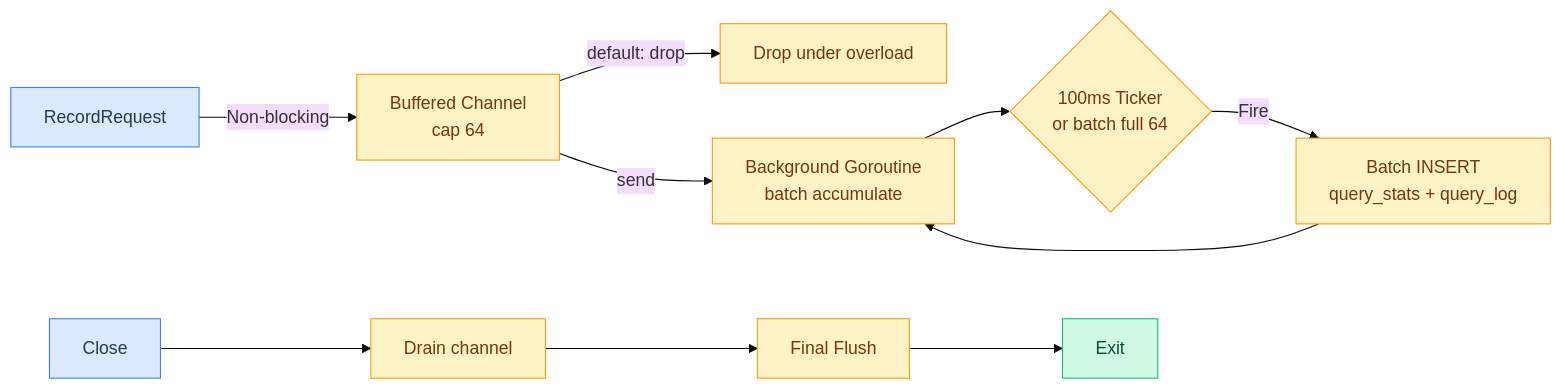
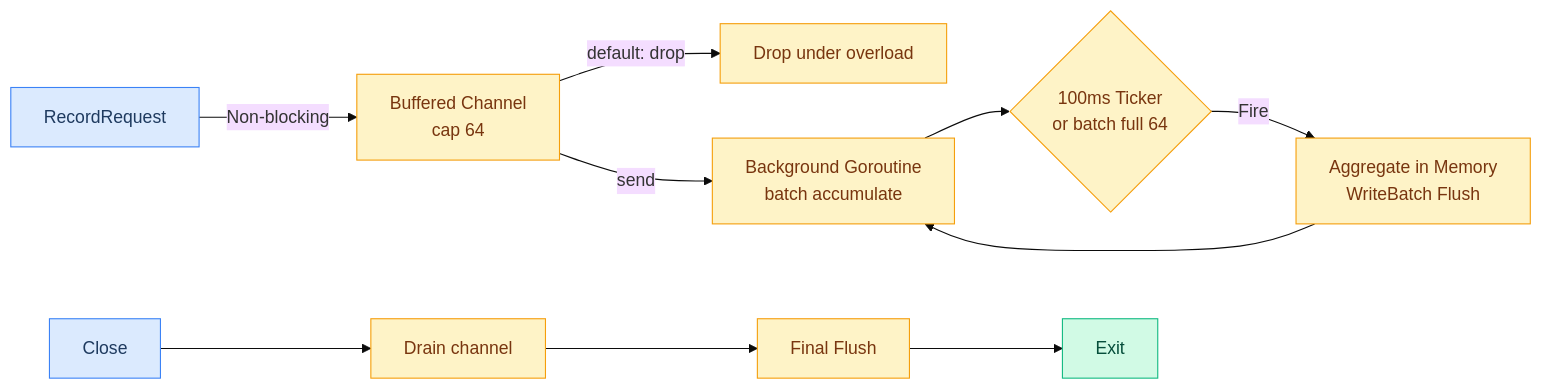
Before and after one commit to hezhijie0327/ZJDNS: diagram 26 of 26 in docs/FLOWCHARTS.md, drawn with Mermaid (base theme). The commit also changed other lines of this file and 40 other files, not shown here.

````diff
--- a/docs/FLOWCHARTS.md
+++ b/docs/FLOWCHARTS.md
@@ -720,18 +720,18 @@
 ```mermaid
 graph LR
     REQ[RecordRequest] -->|Non-blocking| CH[Buffered Channel<br/>cap 64]
     CH -->|default: drop| DROP[Drop under overload]
     CH -->|send| BG[Background Goroutine<br/>batch accumulate]
     BG --> TICKER{100ms Ticker<br/>or batch full 64}
-    TICKER -->|Fire| FLUSH[Batch INSERT<br/>query_stats + query_log]
+    TICKER -->|Fire| FLUSH[Aggregate in Memory<br/>WriteBatch Flush]
     FLUSH --> BG
     CLOSE[Close] --> DRAIN[Drain channel]
     DRAIN --> FLUSHLAST[Final Flush]
     FLUSHLAST --> DONE[Exit]
     classDef io fill:#dbeafe,stroke:#3b82f6,color:#1e3a5f
     classDef proc fill:#fef3c7,stroke:#f59e0b,color:#78350f
     classDef done fill:#d1fae5,stroke:#10b981,color:#064e3b
     class REQ,CLOSE io
     class CH,DROP,BG,TICKER,FLUSH,DRAIN,FLUSHLAST proc
     class DONE done
 ```
````
